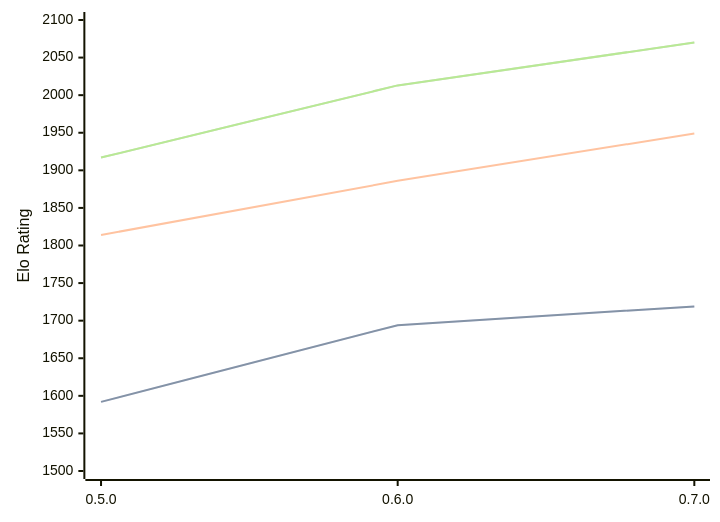
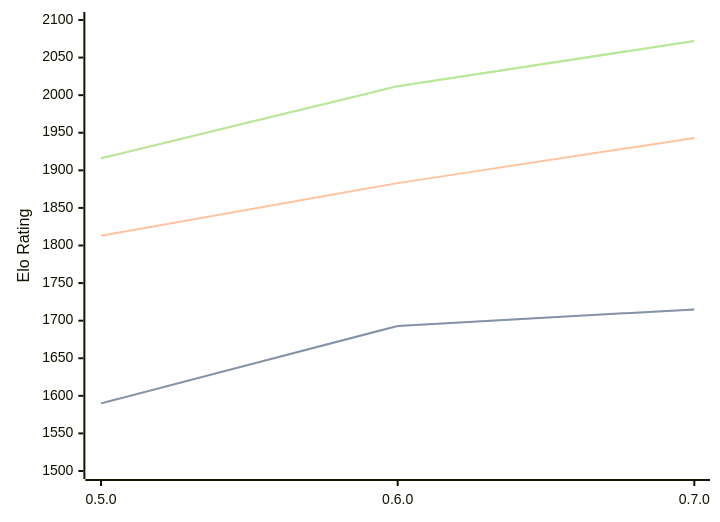
One commit to computer-chess-index/cci changed the diagram in engines/Chess-rs.md. Above: the diagram before and after it, drawn with Mermaid. The commit also changed other lines of this file, not shown here.

Commit message:
Update CCI Ratings (ELO VLTC) - 2026-04-27

````diff
--- a/engines/Chess-rs.md
+++ b/engines/Chess-rs.md
@@ -41,11 +41,11 @@
 ```mermaid
 %%{init: {"theme":"base","themeVariables":{"seriesColors:['#a3a3a3','#222221','#faa371']}}}%%
 xychart-beta
   x-axis ["0.5.0", "0.6.0", "0.7.0"]
   y-axis "Elo Rating" 1500 --> 2100
-  line "STC (8.0+0.08s)" [1592, 1694, 1719]
-  line "STC (8.0+0.08s)" [1592, 1694, 1719]
-  line "LTC (60.0+0.60s)" [1814, 1886, 1949]
-  line "VLTC (2m24s+1.12s)" [1917, 2013, 2070]
-  line "VLTC (2m24s+1.12s)" [1917, 2013, 2070]
+  line "STC (8.0+0.08s)" [1590, 1693, 1715]
+  line "STC (8.0+0.08s)" [1590, 1693, 1715]
+  line "LTC (60.0+0.60s)" [1813, 1883, 1943]
+  line "VLTC (2m24s+1.12s)" [1916, 2012, 2072]
+  line "VLTC (2m24s+1.12s)" [1916, 2012, 2072]
 ```
````
